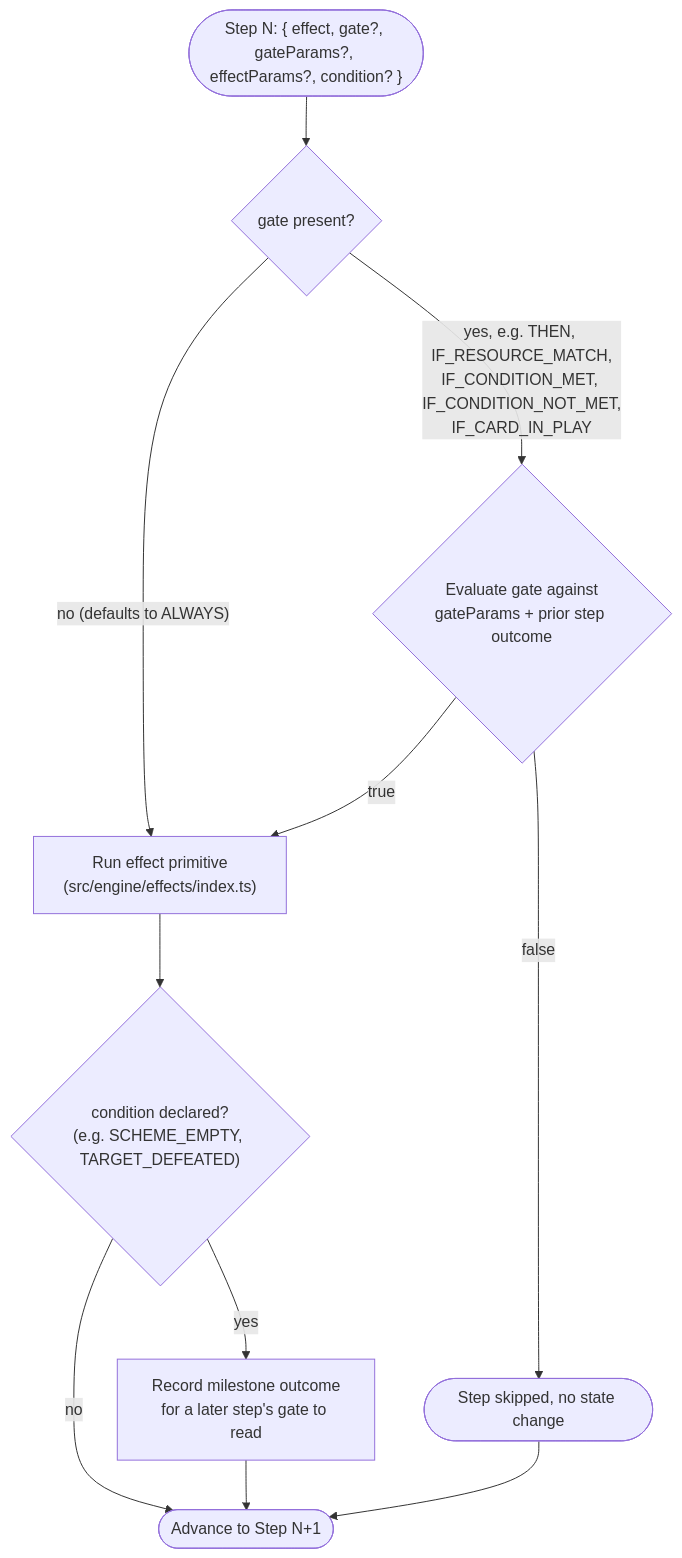
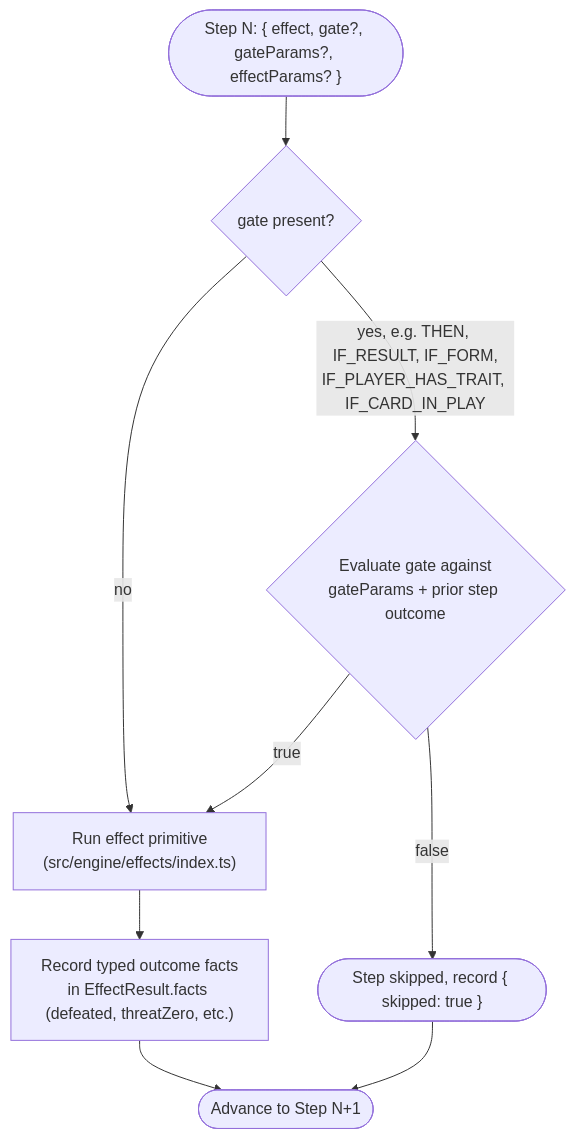
Before and after one commit to SteveRodrigue/MCD: the second of 3 diagrams in docs/visual-guides/02-ability-lifecycle.md, drawn with Mermaid. The commit also changed other lines of this file and 56 other files, not shown here.

Commit message:
refactor(engine): step gates and result facts (Fixes #289, Fixes #290)

````diff
--- a/docs/visual-guides/02-ability-lifecycle.md
+++ b/docs/visual-guides/02-ability-lifecycle.md
@@ -33,13 +33,11 @@
 ```mermaid
 flowchart TD
-    Step(["Step N: { effect, gate?, gateParams?, effectParams?, condition? }"]) --> GateCheck{"gate present?"}
-    GateCheck -->|"no (defaults to ALWAYS)"| Run["Run effect primitive<br/>(src/engine/effects/index.ts)"]
-    GateCheck -->|"yes, e.g. THEN, IF_RESOURCE_MATCH,<br/>IF_CONDITION_MET, IF_CONDITION_NOT_MET,<br/>IF_CARD_IN_PLAY"| Eval{"Evaluate gate against<br/>gateParams + prior step outcome"}
-    Eval -->|false| Skip(["Step skipped, no state change"])
+    Step(["Step N: { effect, gate?, gateParams?, effectParams? }"]) --> GateCheck{"gate present?"}
+    GateCheck -->|"no"| Run["Run effect primitive<br/>(src/engine/effects/index.ts)"]
+    GateCheck -->|"yes, e.g. THEN, IF_RESULT, IF_FORM,<br/>IF_PLAYER_HAS_TRAIT, IF_CARD_IN_PLAY"| Eval{"Evaluate gate against<br/>gateParams + prior step outcome"}
+    Eval -->|false| Skip(["Step skipped, record { skipped: true }"])
     Eval -->|true| Run
-    Run --> Condition{"condition declared?<br/>(e.g. SCHEME_EMPTY, TARGET_DEFEATED)"}
-    Condition -->|yes| Record["Record milestone outcome<br/>for a later step's gate to read"]
-    Condition -->|no| Next
+    Run --> Record["Record typed outcome facts<br/>in EffectResult.facts (defeated, threatZero, etc.)"]
     Record --> Next(["Advance to Step N+1"])
     Skip --> Next
 ```
````
